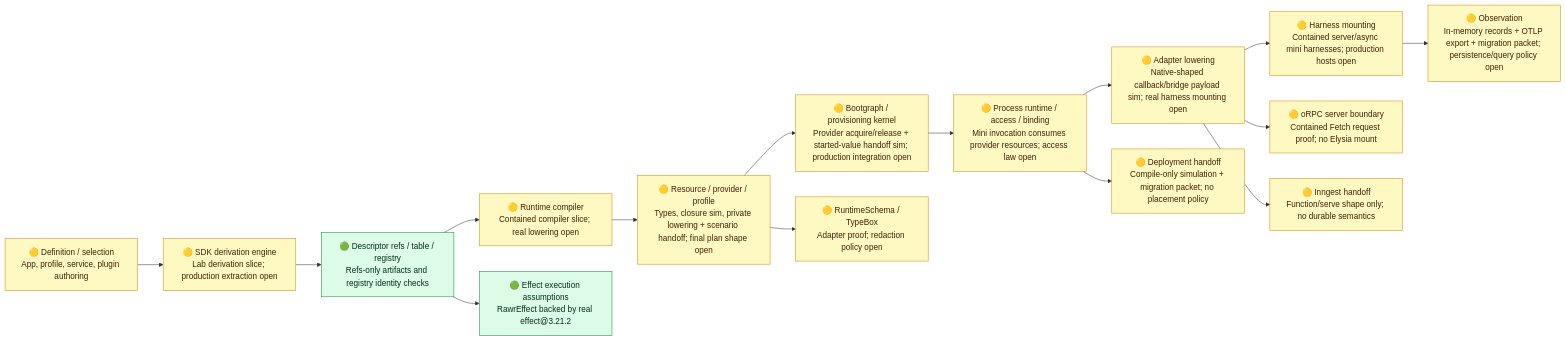
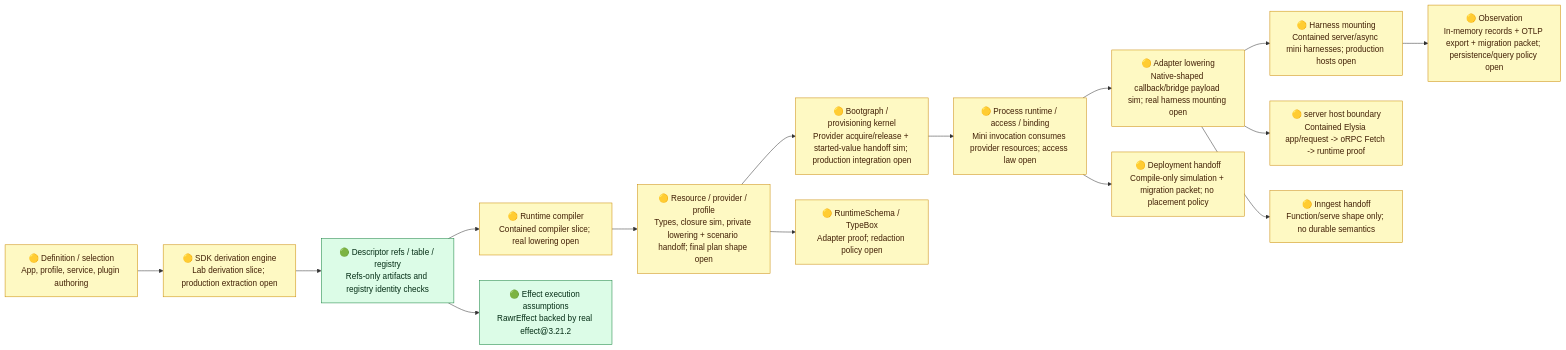
The diagram in tools/runtime-realization-type-env/evidence/runtime-spine-verification-diagnostic.md (rawr-ai/rawr-hq-template), drawn with Mermaid before and after one commit. The commit also changed other lines of this file and 15 other files, not shown here.

````diff
--- a/tools/runtime-realization-type-env/evidence/runtime-spine-verification-diagnostic.md
+++ b/tools/runtime-realization-type-env/evidence/runtime-spine-verification-diagnostic.md
@@ -19,25 +19,25 @@
 ```mermaid
 flowchart LR
   A["🟡 Definition / selection<br/>App, profile, service, plugin authoring"] --> B["🟡 SDK derivation engine<br/>Lab derivation slice; production extraction open"]
   B --> C["🟢 Descriptor refs / table / registry<br/>Refs-only artifacts and registry identity checks"]
   C --> D["🟡 Runtime compiler<br/>Contained compiler slice; real lowering open"]
   D --> E["🟡 Resource / provider / profile<br/>Types, closure sim, private lowering + scenario handoff; final plan shape open"]
   E --> F["🟡 Bootgraph / provisioning kernel<br/>Provider acquire/release + started-value handoff sim; production integration open"]
   F --> G["🟡 Process runtime / access / binding<br/>Mini invocation consumes provider resources; access law open"]
   G --> H["🟡 Adapter lowering<br/>Native-shaped callback/bridge payload sim; real harness mounting open"]
   H --> I["🟡 Harness mounting<br/>Contained server/async mini harnesses; production hosts open"]
   I --> J["🟡 Observation<br/>In-memory records + OTLP export + migration packet; persistence/query policy open"]
 
   C --> K["🟢 Effect execution assumptions<br/>RawrEffect backed by real effect@3.21.2"]
   E --> L["🟡 RuntimeSchema / TypeBox<br/>Adapter proof; redaction policy open"]
-  H --> M["🟡 oRPC server boundary<br/>Contained Fetch request proof; no Elysia mount"]
+  H --> M["🟡 server host boundary<br/>Contained Elysia app/request -> oRPC Fetch -> runtime proof"]
   H --> N["🟡 Inngest handoff<br/>Function/serve shape only; no durable semantics"]
   G --> O["🟡 Deployment handoff<br/>Compile-only simulation + migration packet; no placement policy"]
 
   classDef green fill:#dcfce7,stroke:#15803d,color:#052e16;
   classDef yellow fill:#fef9c3,stroke:#ca8a04,color:#422006;
   classDef red fill:#fee2e2,stroke:#b91c1c,color:#450a0a;
   class C,K green;
   class A,B,D,E,F,G,H,J,L,M,N,O yellow;
   class I yellow;
 ```
````
